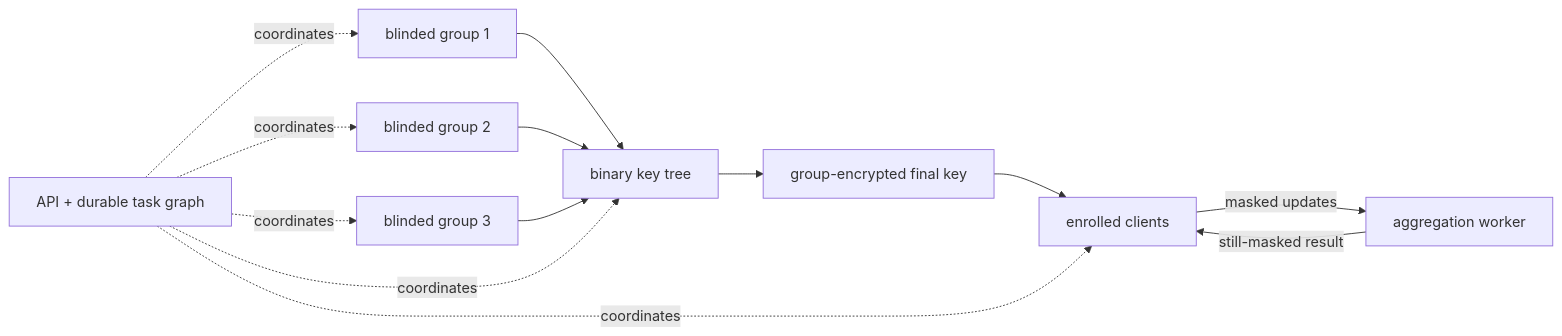
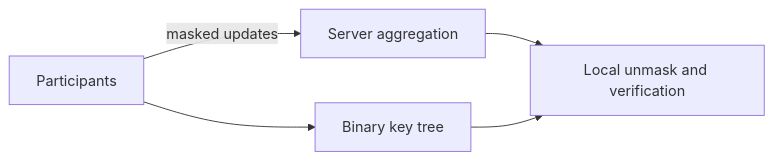
The first of 2 diagrams in README.md (MIC-DKFZ/deki-smpc-server), drawn with Mermaid before and after one commit.

Commit message:
docs: simplify overview diagram

````diff
--- a/README.md
+++ b/README.md
@@ -45,11 +45,7 @@
 ```mermaid
 flowchart LR
-    G1[blinded group 1] --> T[binary key tree]
-    G2[blinded group 2] --> T
-    G3[blinded group 3] --> T
-    T --> K[group-encrypted final key]
-    C[enrolled clients] -->|masked updates| W[aggregation worker]
-    W -->|still-masked result| C
-    K --> C
-    API[API + durable task graph] -. coordinates .-> G1 & G2 & G3 & T & C
+    P[Participants] -->|masked updates| S[Server aggregation]
+    P --> K[Binary key tree]
+    S --> V[Local unmask and verification]
+    K --> V
 ```
````
